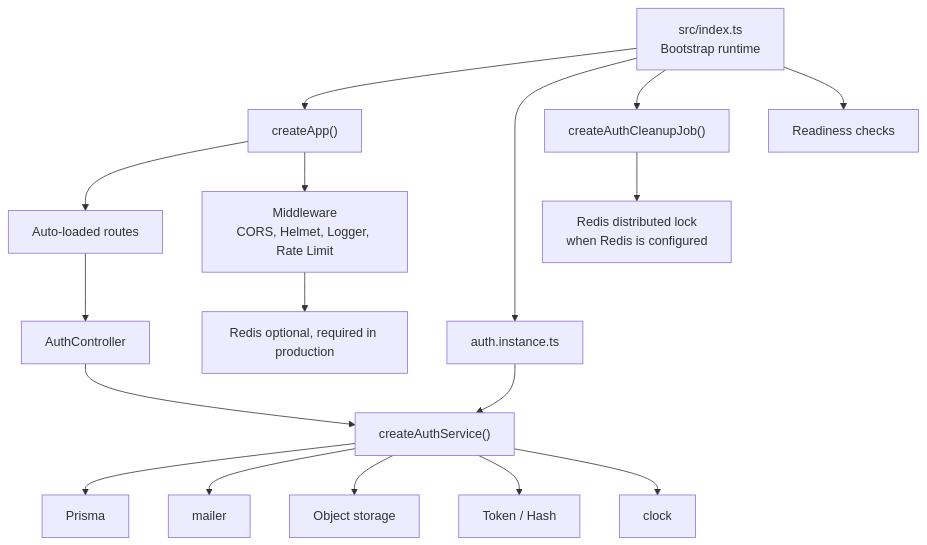
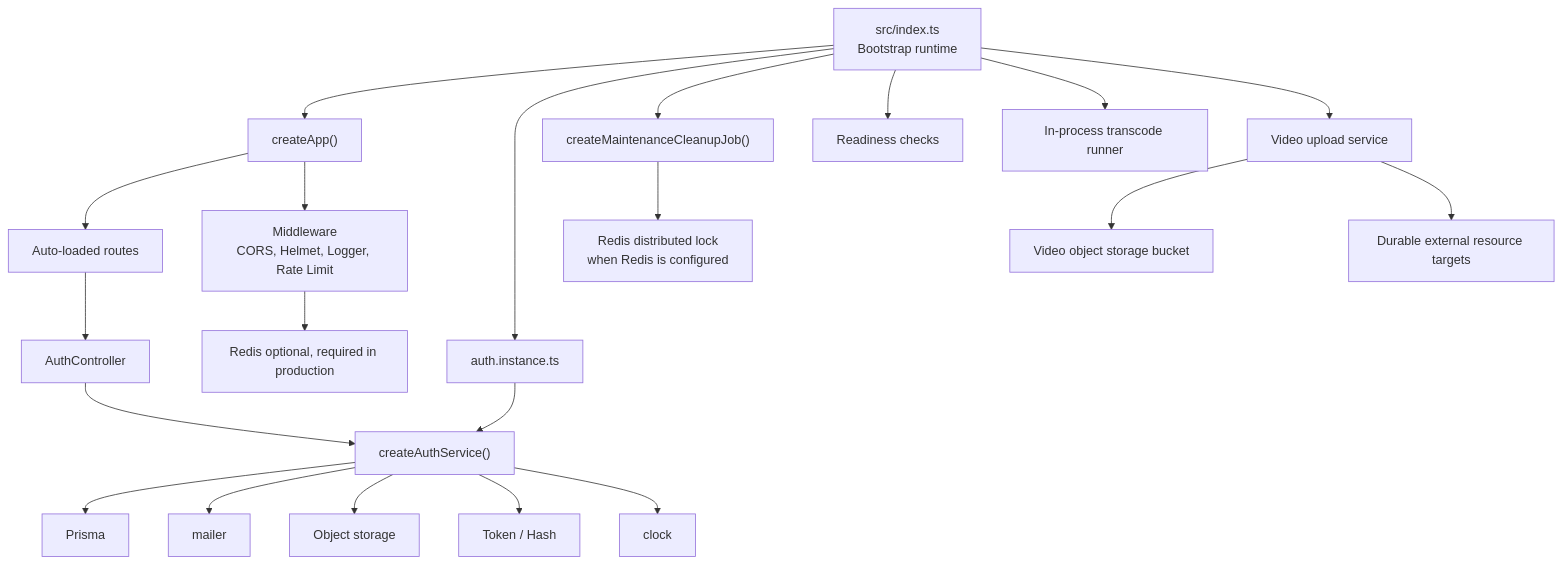
The first of 8 diagrams in ARCHITECTURE.md (FairPlayTeam/ts-backend), drawn with Mermaid before and after one commit. The commit also changed other lines of this file and 72 other files, not shown here.

First line of the commit message:
feat: add media reconciliation and in-process video transcoding

````diff
--- a/ARCHITECTURE.md
+++ b/ARCHITECTURE.md
@@ -9,22 +9,26 @@
 ```mermaid
 flowchart TD
 index["src/index.ts<br/>Bootstrap runtime"] --> app["createApp()"]
 index --> authInstance["auth.instance.ts"]
-index --> cleanup["createAuthCleanupJob()"]
+index --> cleanup["createMaintenanceCleanupJob()"]
 index --> readiness["Readiness checks"]
+index --> transcodeRunner["In-process transcode runner"]
 
 authInstance --> authService["createAuthService()"]
 authService --> prisma["Prisma"]
 authService --> mailer["mailer"]
 authService --> objectStorage["Object storage"]
 authService --> crypto["Token / Hash"]
 authService --> clock["clock"]
 
 app --> routes["Auto-loaded routes"]
 routes --> controller["AuthController"]
 controller --> authService
 
 app --> middleware["Middleware<br/>CORS, Helmet, Logger, Rate Limit"]
 middleware --> redis["Redis optional, required in production"]
 cleanup --> redisLock["Redis distributed lock<br/>when Redis is configured"]
+index --> videoService["Video upload service"]
+videoService --> videoStorage["Video object storage bucket"]
+videoService --> externalTargets["Durable external resource targets"]
 ```
````
